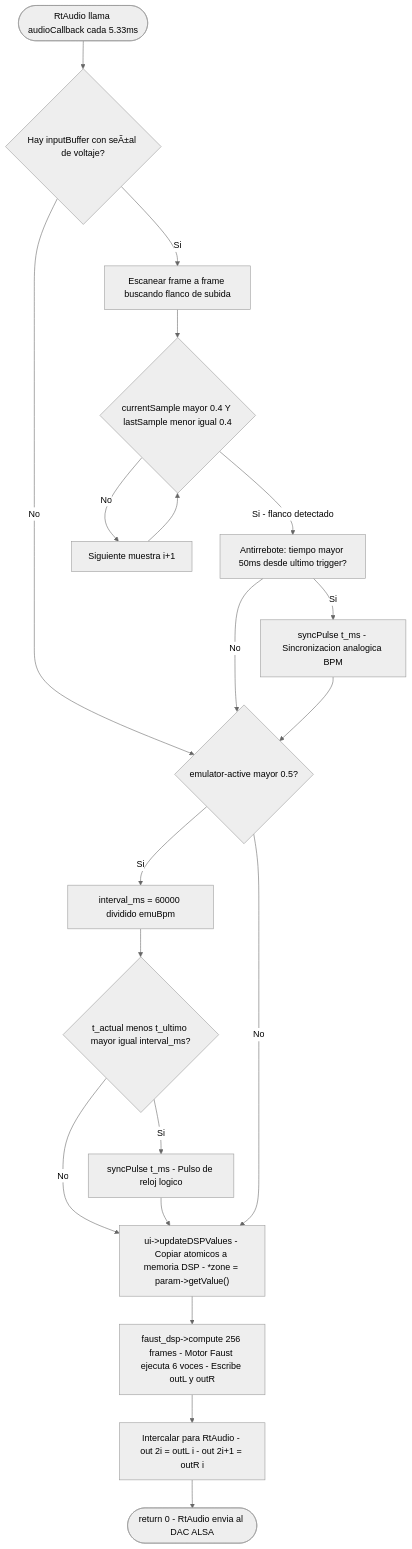
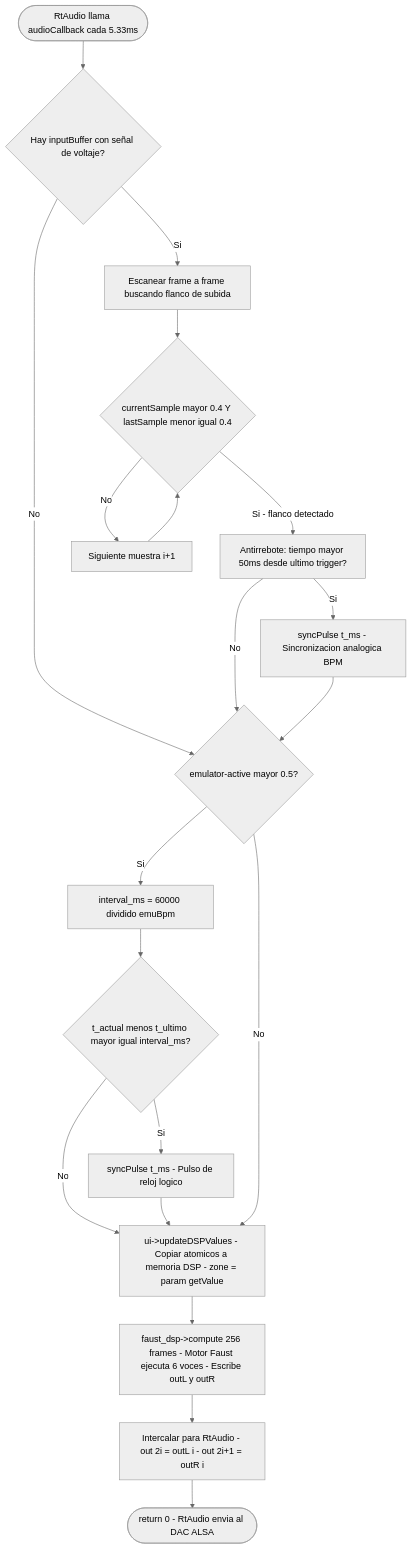
One commit to Zann181/sintetizador changed the third of 12 diagrams in README.md. Above: the diagram before and after it, drawn with Mermaid (neutral theme). The commit also changed other lines of this file and 21 other files, not shown here.

````diff
--- a/README.md
+++ b/README.md
@@ -342,35 +342,35 @@
 ```mermaid
 flowchart TD
     CB_START(["RtAudio llama audioCallback cada 5.33ms"])
 
     CB_START --> CLOCK_A
-    CLOCK_A{"Hay inputBuffer con seÃ±al de voltaje?"}
+    CLOCK_A{"Hay inputBuffer con señal de voltaje?"}
     CLOCK_A -->|"Si"| SCAN["Escanear frame a frame buscando flanco de subida"]
     CLOCK_A -->|"No"| EMU_CHECK
 
     SCAN --> EDGE{"currentSample mayor 0.4 Y lastSample menor igual 0.4"}
     EDGE -->|"Si - flanco detectado"| ANTI["Antirrebote: tiempo mayor 50ms desde ultimo trigger?"]
     EDGE -->|"No"| NEXT_SAMPLE["Siguiente muestra i+1"]
     NEXT_SAMPLE --> EDGE
 
     ANTI -->|"Si"| SYNC_ANA["syncPulse t_ms - Sincronizacion analogica BPM"]
     ANTI -->|"No"| EMU_CHECK
     SYNC_ANA --> EMU_CHECK
 
     EMU_CHECK{"emulator-active mayor 0.5?"}
     EMU_CHECK -->|"Si"| EMU_CALC["interval_ms = 60000 dividido emuBpm"]
     EMU_CALC --> EMU_FIRE{"t_actual menos t_ultimo mayor igual interval_ms?"}
     EMU_FIRE -->|"Si"| SYNC_EMU["syncPulse t_ms - Pulso de reloj logico"]
     EMU_FIRE -->|"No"| UPDATE_PARAMS
     SYNC_EMU --> UPDATE_PARAMS
     EMU_CHECK -->|"No"| UPDATE_PARAMS
 
-    UPDATE_PARAMS["ui->updateDSPValues - Copiar atomicos a memoria DSP - *zone = param->getValue()"]
+    UPDATE_PARAMS["ui->updateDSPValues - Copiar atomicos a memoria DSP - zone = param getValue"]
     UPDATE_PARAMS --> COMPUTE
 
     COMPUTE["faust_dsp->compute 256 frames - Motor Faust ejecuta 6 voces - Escribe outL y outR"]
     COMPUTE --> INTERLEAVE
 
     INTERLEAVE["Intercalar para RtAudio - out 2i = outL i - out 2i+1 = outR i"]
     INTERLEAVE --> RETURN(["return 0 - RtAudio envia al DAC ALSA"])
 ```
````
